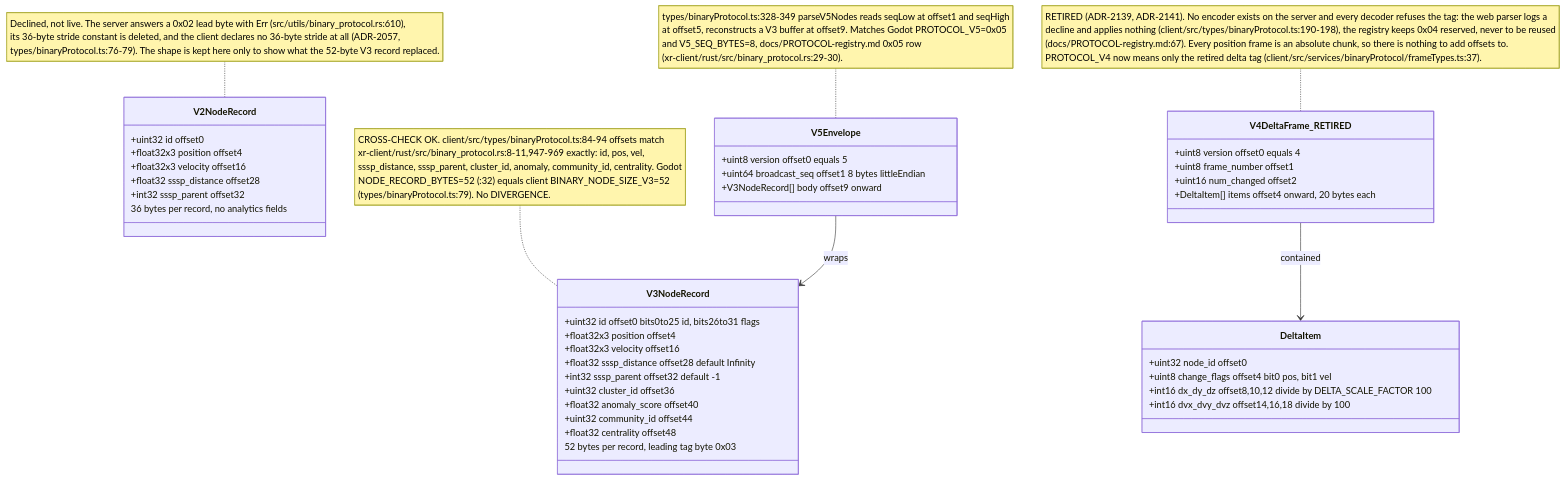
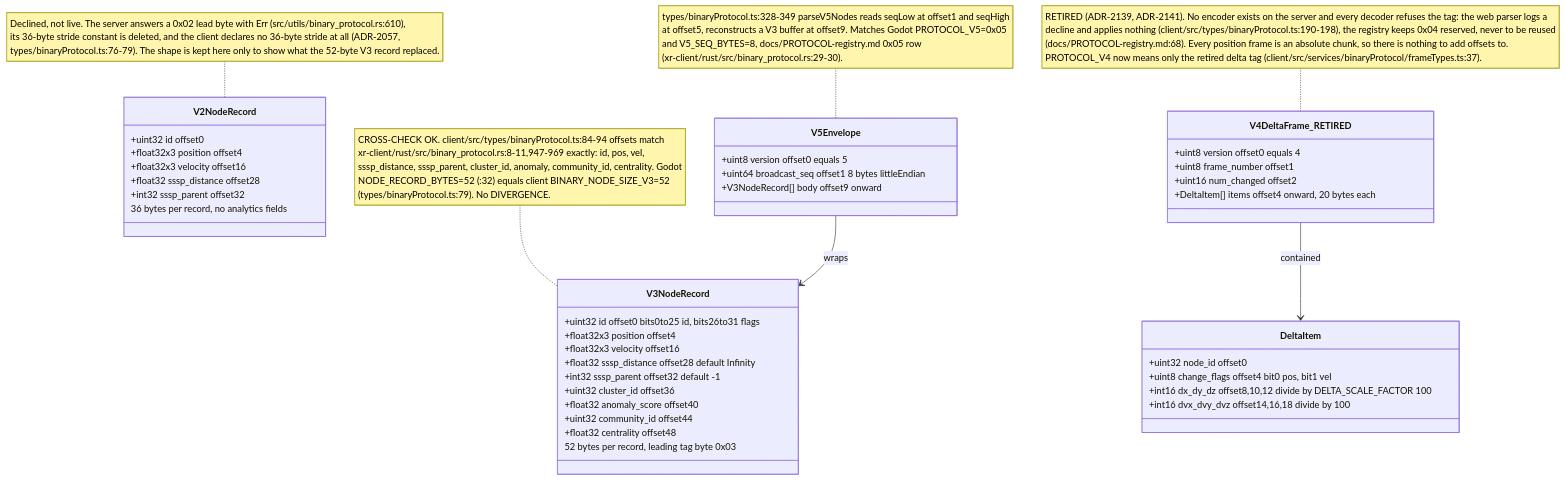
The fifth of 15 diagrams in docs/diagrams/visionclaw/32-client-websocket-and-binary.md (DreamLab-AI/VisionFlow), drawn with Mermaid before and after one commit. The commit also changed other lines of this file and 154 other files, not shown here.

First line of the commit message:
docs(diagrams): re-stamp 154 topics whose every citation still reads the same text at the current heads

````diff
--- a/docs/diagrams/visionclaw/32-client-websocket-and-binary.md
+++ b/docs/diagrams/visionclaw/32-client-websocket-and-binary.md
@@ -265,46 +265,46 @@
 ```mermaid
 classDiagram
     class V3NodeRecord {
       +uint32 id  offset0  bits0to25 id, bits26to31 flags
       +float32x3 position  offset4
       +float32x3 velocity  offset16
       +float32 sssp_distance  offset28  default Infinity
       +int32 sssp_parent  offset32  default -1
       +uint32 cluster_id  offset36
       +float32 anomaly_score  offset40
       +uint32 community_id  offset44
       +float32 centrality  offset48
       52 bytes per record, leading tag byte 0x03
     }
     class V2NodeRecord {
       +uint32 id  offset0
       +float32x3 position  offset4
       +float32x3 velocity  offset16
       +float32 sssp_distance  offset28
       +int32 sssp_parent  offset32
       36 bytes per record, no analytics fields
     }
     class V5Envelope {
       +uint8 version  offset0  equals 5
       +uint64 broadcast_seq  offset1  8 bytes littleEndian
       +V3NodeRecord[] body  offset9 onward
     }
     class V4DeltaFrame_RETIRED {
       +uint8 version  offset0  equals 4
       +uint8 frame_number  offset1
       +uint16 num_changed  offset2
       +DeltaItem[] items  offset4 onward, 20 bytes each
     }
     class DeltaItem {
       +uint32 node_id  offset0
       +uint8 change_flags  offset4  bit0 pos, bit1 vel
       +int16 dx_dy_dz  offset8,10,12  divide by DELTA_SCALE_FACTOR 100
       +int16 dvx_dvy_dvz  offset14,16,18  divide by 100
     }
     V5Envelope --> V3NodeRecord : wraps
     V4DeltaFrame_RETIRED --> DeltaItem : contained
     note for V3NodeRecord "CROSS-CHECK OK. client/src/types/binaryProtocol.ts:84-94 offsets match<br/>xr-client/rust/src/binary_protocol.rs:8-11,947-969 exactly: id, pos, vel,<br/>sssp_distance, sssp_parent, cluster_id, anomaly, community_id, centrality. Godot<br/>NODE_RECORD_BYTES=52 (:32) equals client BINARY_NODE_SIZE_V3=52<br/>(types/binaryProtocol.ts:79). No DIVERGENCE."
     note for V2NodeRecord "Declined, not live. The server answers a 0x02 lead byte with Err (src/utils/binary_protocol.rs:610),<br/>its 36-byte stride constant is deleted, and the client declares no 36-byte stride at all (ADR-2057,<br/>types/binaryProtocol.ts:76-79). The shape is kept here only to show what the 52-byte V3 record replaced."
     note for V5Envelope "types/binaryProtocol.ts:328-349 parseV5Nodes reads seqLow at offset1 and seqHigh<br/>at offset5, reconstructs a V3 buffer at offset9. Matches Godot PROTOCOL_V5=0x05<br/>and V5_SEQ_BYTES=8, docs/PROTOCOL-registry.md 0x05 row<br/>(xr-client/rust/src/binary_protocol.rs:29-30)."
-    note for V4DeltaFrame_RETIRED "RETIRED (ADR-2139, ADR-2141). No encoder exists on the server and every decoder refuses the tag: the web parser logs a<br/>decline and applies nothing (client/src/types/binaryProtocol.ts:190-198), the registry keeps 0x04 reserved, never to be reused<br/>(docs/PROTOCOL-registry.md:67). Every position frame is an absolute chunk, so there is nothing to add offsets to.<br/>PROTOCOL_V4 now means only the retired delta tag (client/src/services/binaryProtocol/frameTypes.ts:37)."
+    note for V4DeltaFrame_RETIRED "RETIRED (ADR-2139, ADR-2141). No encoder exists on the server and every decoder refuses the tag: the web parser logs a<br/>decline and applies nothing (client/src/types/binaryProtocol.ts:190-198), the registry keeps 0x04 reserved, never to be reused<br/>(docs/PROTOCOL-registry.md:68). Every position frame is an absolute chunk, so there is nothing to add offsets to.<br/>PROTOCOL_V4 now means only the retired delta tag (client/src/services/binaryProtocol/frameTypes.ts:37)."
 ```
````
